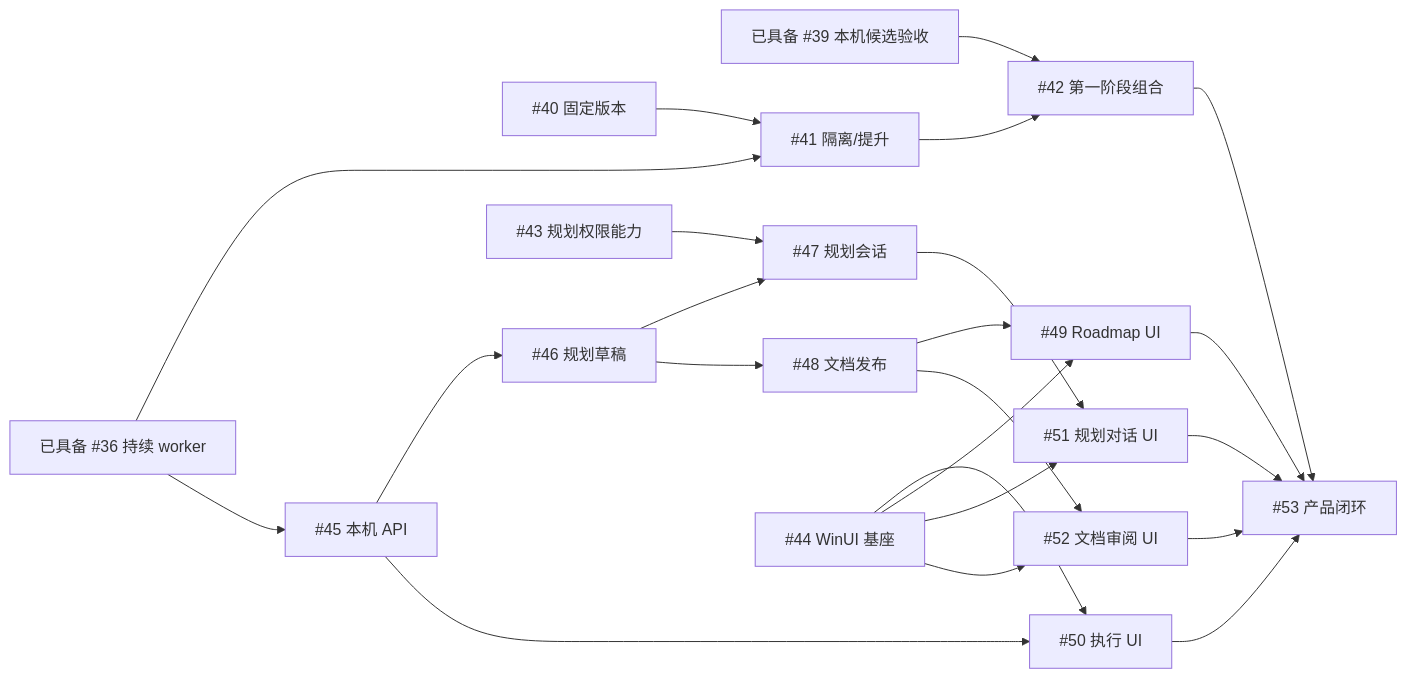
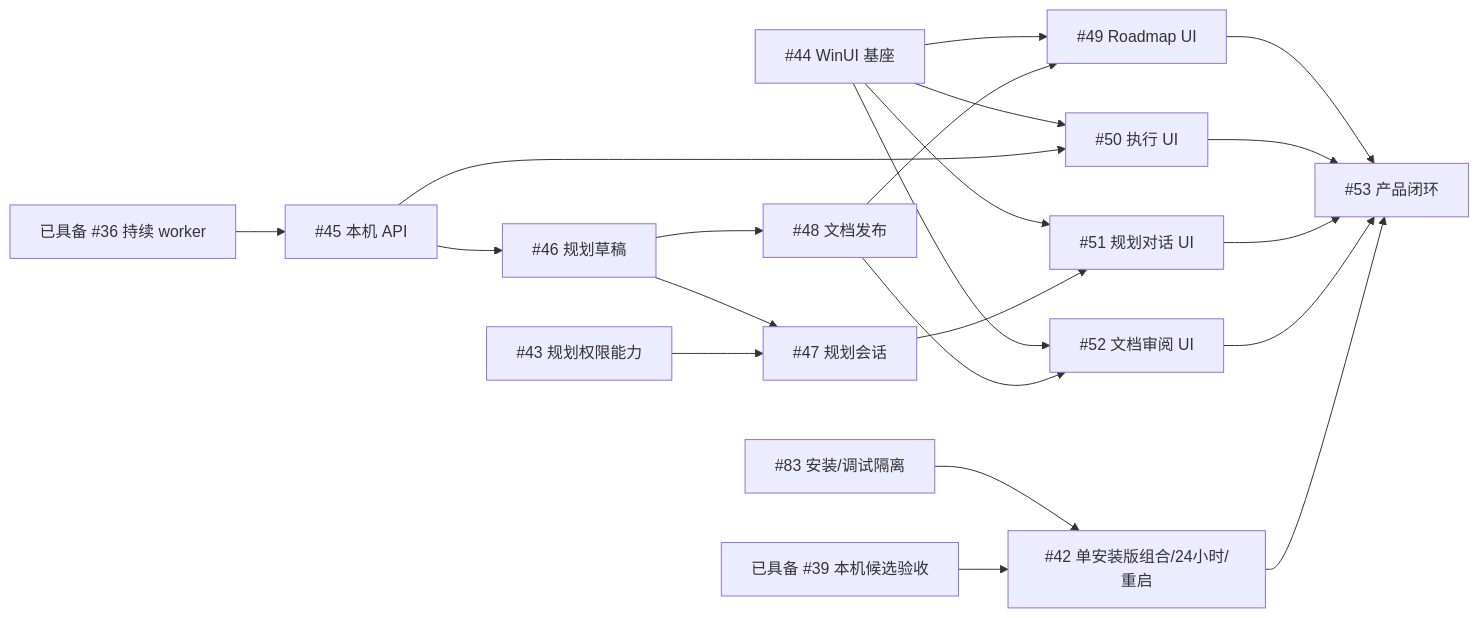
Before and after one commit to erranliu/SteerLine: the diagram in docs/roadmap/execution-map.md, drawn with Mermaid. The commit also changed other lines of this file and 56 other files, not shown here.

Commit message:
docs: simplify runtime roadmap and organize product design

````diff
--- a/docs/roadmap/execution-map.md
+++ b/docs/roadmap/execution-map.md
@@ -30,27 +29,25 @@
 ```mermaid
 flowchart LR
     W36["已具备 #36 持续 worker"]
     A39["已具备 #39 本机候选验收"]
-    V40["#40 固定版本"] --> V41["#41 隔离/提升"]
-    W36 --> V41
-    A39 --> A42["#42 第一阶段组合"]
-    V41 --> A42
+    I83["#83 安装/调试隔离"] --> A42["#42 单安装版组合/24小时/重启"]
+    A39 --> A42
     W36 --> API45["#45 本机 API"]
     API45 --> P46["#46 规划草稿"]
     P46 --> S47["#47 规划会话"]
     C43["#43 规划权限能力"] --> S47
     P46 --> P48["#48 文档发布"]
     UI44["#44 WinUI 基座"] --> E50["#50 执行 UI"]
     API45 --> E50
     UI44 --> R49["#49 Roadmap UI"]
     P48 --> R49
     UI44 --> C51["#51 规划对话 UI"]
     S47 --> C51
     UI44 --> R52["#52 文档审阅 UI"]
     P48 --> R52
     R49 --> A53["#53 产品闭环"]
     E50 --> A53
     C51 --> A53
     R52 --> A53
     A42 --> A53
 ```
````
